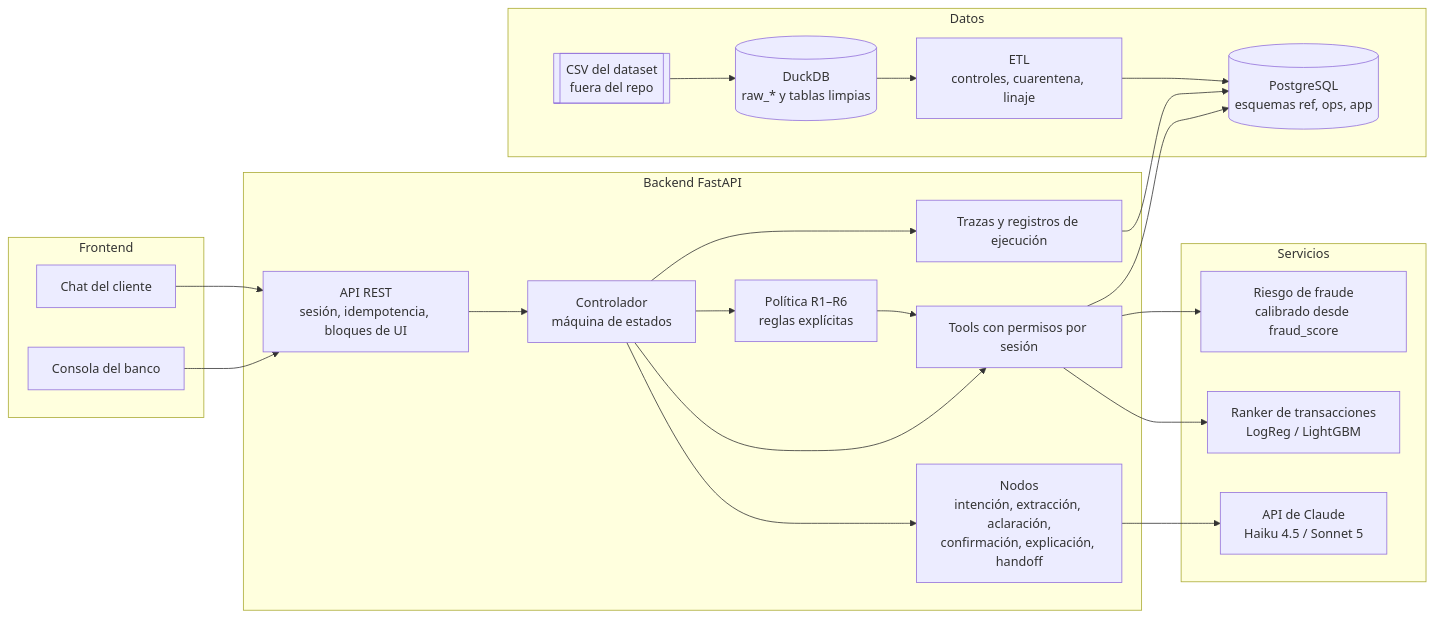
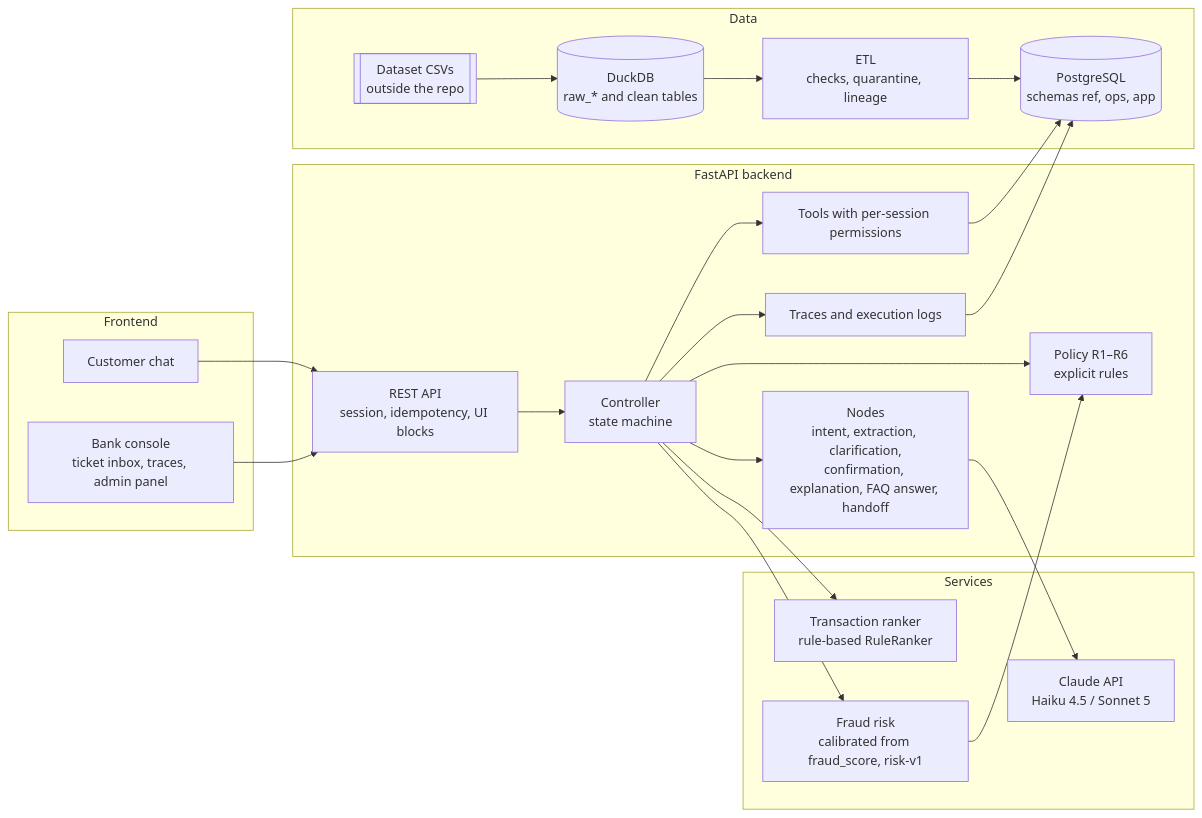
Before and after one commit to HenryGlo/factored-hackathon-2026-gomez-team: the diagram in docs/architecture.md, drawn with Mermaid. The commit also changed other lines of this file and 8 other files, not shown here.

First line of the commit message:
docs: English README, architecture and ADRs for the judges, with results at a glance

````diff
--- a/docs/architecture.md
+++ b/docs/architecture.md
@@ -22,44 +22,44 @@
 ```mermaid
 flowchart LR
     subgraph FE[Frontend]
-        CHAT[Chat del cliente]
-        CONSOLE[Consola del banco]
+        CHAT[Customer chat]
+        CONSOLE[Bank console<br/>ticket inbox, traces, admin panel]
     end
 
-    subgraph BE[Backend FastAPI]
-        API[API REST<br/>sesión, idempotencia, bloques de UI]
-        CTRL[Controlador<br/>máquina de estados]
-        NODES[Nodos<br/>intención, extracción, aclaración,<br/>confirmación, explicación, handoff]
-        TOOLS[Tools con permisos por sesión]
-        POL[Política R1–R6<br/>reglas explícitas]
-        TRACE[Trazas y registros de ejecución]
+    subgraph BE[FastAPI backend]
+        API[REST API<br/>session, idempotency, UI blocks]
+        CTRL[Controller<br/>state machine]
+        NODES[Nodes<br/>intent, extraction, clarification,<br/>confirmation, explanation, FAQ answer, handoff]
+        TOOLS[Tools with per-session permissions]
+        POL[Policy R1–R6<br/>explicit rules]
+        TRACE[Traces and execution logs]
     end
 
-    subgraph SVC[Servicios]
-        LLM[API de Claude<br/>Haiku 4.5 / Sonnet 5]
-        RANK[Ranker de transacciones<br/>LogReg / LightGBM]
-        RISK[Riesgo de fraude<br/>calibrado desde fraud_score]
+    subgraph SVC[Services]
+        LLM[Claude API<br/>Haiku 4.5 / Sonnet 5]
+        RANK[Transaction ranker<br/>rule-based RuleRanker]
+        RISK[Fraud risk<br/>calibrated from fraud_score, risk-v1]
     end
 
-    subgraph DATA[Datos]
-        PG[(PostgreSQL<br/>esquemas ref, ops, app)]
-        DDB[(DuckDB<br/>raw_* y tablas limpias)]
-        ETL[ETL<br/>controles, cuarentena, linaje]
-        CSV[[CSV del dataset<br/>fuera del repo]]
+    subgraph DATA[Data]
+        PG[(PostgreSQL<br/>schemas ref, ops, app)]
+        DDB[(DuckDB<br/>raw_* and clean tables)]
+        ETL[ETL<br/>checks, quarantine, lineage]
+        CSV[[Dataset CSVs<br/>outside the repo]]
     end
 
     CHAT --> API
     CONSOLE --> API
     API --> CTRL
     CTRL --> NODES
     NODES --> LLM
     CTRL --> TOOLS
+    CTRL --> RANK
+    CTRL --> RISK
+    RISK --> POL
     CTRL --> POL
-    TOOLS --> RANK
-    TOOLS --> RISK
     TOOLS --> PG
-    POL --> TOOLS
     CTRL --> TRACE
     TRACE --> PG
     CSV --> DDB --> ETL --> PG
 ```
````
